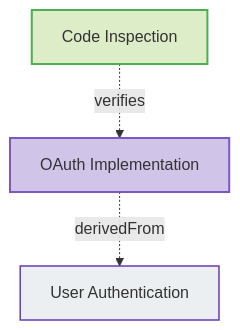
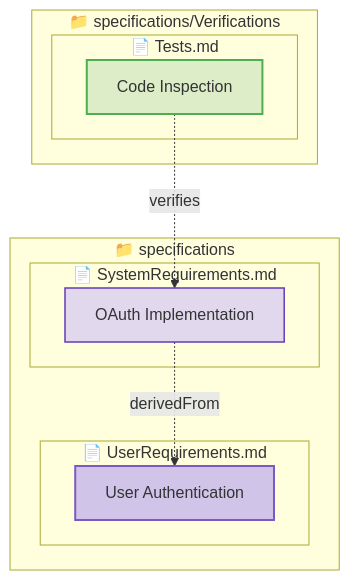
Before and after one commit to reqvire-org/reqvire: the sixth of 6 diagrams in tests/test-verification-traces/expected/expected_redundant_output.md, drawn with Mermaid. The commit also changed other lines of this file and 16 other files, not shown here.

First line of the commit message:
Add containment structure to all mermaid diagrams

````diff
--- a/tests/test-verification-traces/expected/expected_redundant_output.md
+++ b/tests/test-verification-traces/expected/expected_redundant_output.md
@@ -140,17 +198,29 @@
 ```mermaid
 graph TD
   classDef userRequirement fill:#D1C4E9,stroke:#7E57C2,stroke-width:2px;
   classDef systemRequirement fill:#E1D8EE,stroke:#673AB7,stroke-width:1.5px;
   classDef requirement fill:#ECEFF1,stroke:#673AB7,stroke-width:1.5px;
-  classDef verified fill:#D1C4E9,stroke:#7E57C2,stroke-width:2px;
   classDef verification fill:#DCEDC8,stroke:#4CAF50,stroke-width:2px;
+  classDef folder fill:#FAFAFA,stroke:#9E9E9E,stroke-width:3px;
+  classDef file fill:#FFF8E1,stroke:#FFCA28,stroke-width:2px;
+  classDef default fill:#F5F5F5,stroke:#424242,stroke-width:1.5px;
 
-  cd126a6fddc2bd83["Code Inspection"]:::verification
-  click cd126a6fddc2bd83 "specifications/Verifications/Tests.md#code-inspection";
-  d5a439e4972ea591["OAuth Implementation"]:::verified
-  click d5a439e4972ea591 "specifications/SystemRequirements.md#oauth-implementation";
+  subgraph b4c308bac4df6d65["📁 specifications"]
+    subgraph d76ffb0335b04f31["📄 SystemRequirements.md"]
+      d5a439e4972ea591["OAuth Implementation"]:::systemRequirement
+      click d5a439e4972ea591 "specifications/SystemRequirements.md#oauth-implementation";
+    end
+    subgraph c057e38f409f215b["📄 UserRequirements.md"]
+      2934ea21a1d898a3["User Authentication"]:::userRequirement
+      click 2934ea21a1d898a3 "specifications/UserRequirements.md#user-authentication";
+    end
+  end
+  subgraph 186822cd467e0417["📁 specifications/Verifications"]
+    subgraph b64358bba6ee017f["📄 Tests.md"]
+      cd126a6fddc2bd83["Code Inspection"]:::verification
+      click cd126a6fddc2bd83 "specifications/Verifications/Tests.md#code-inspection";
+    end
+  end
   cd126a6fddc2bd83 -.->|verifies| d5a439e4972ea591;
-  2934ea21a1d898a3["User Authentication"]:::requirement
-  click 2934ea21a1d898a3 "specifications/UserRequirements.md#user-authentication";
   d5a439e4972ea591 -.->|derivedFrom| 2934ea21a1d898a3;
 ```
````
